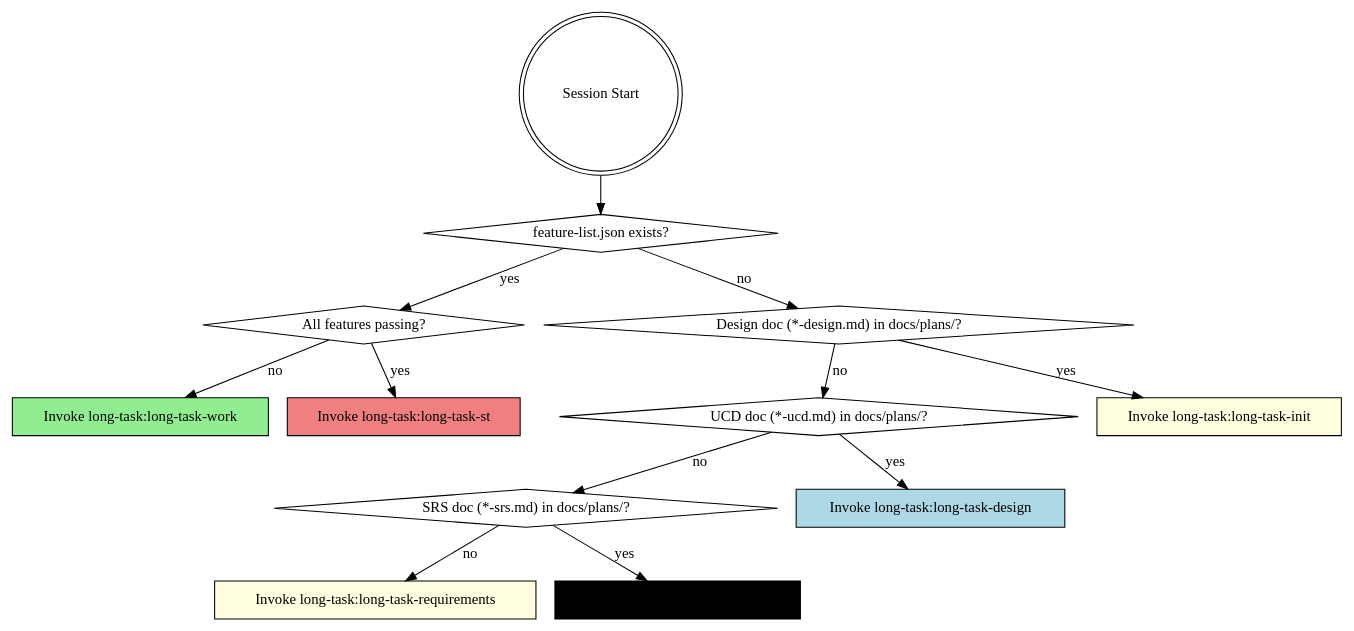
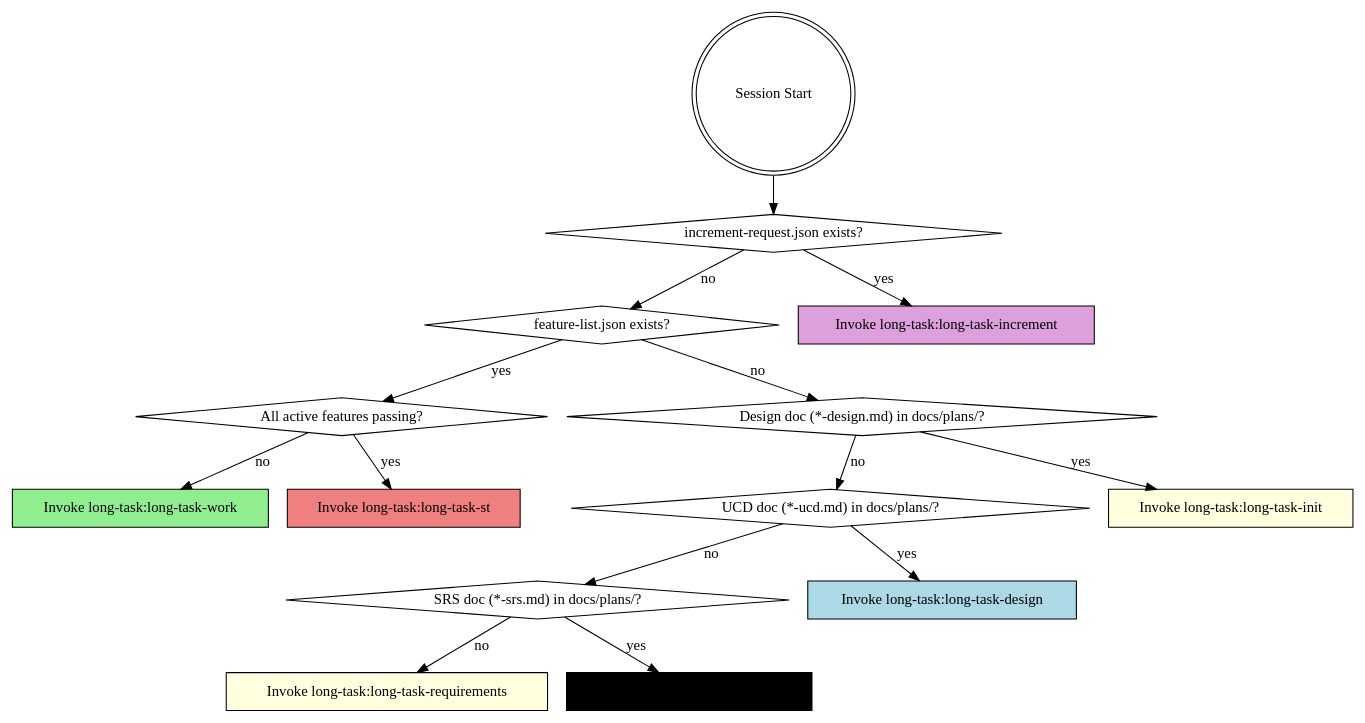
The diagram in skills/using-long-task/SKILL.md (RexHeap/longtaskforagent), drawn with Graphviz before and after one commit. The commit also changed other lines of this file and 11 other files, not shown here.

````diff
--- a/skills/using-long-task/SKILL.md
+++ b/skills/using-long-task/SKILL.md
@@ -22,28 +22,32 @@
 ```dot
 digraph phase_detection {
     "Session Start" [shape=doublecircle];
+    "increment-request.json exists?" [shape=diamond];
     "feature-list.json exists?" [shape=diamond];
-    "All features passing?" [shape=diamond];
+    "All active features passing?" [shape=diamond];
     "Design doc (*-design.md) in docs/plans/?" [shape=diamond];
     "UCD doc (*-ucd.md) in docs/plans/?" [shape=diamond];
     "SRS doc (*-srs.md) in docs/plans/?" [shape=diamond];
+    "Invoke long-task:long-task-increment" [shape=box style=filled fillcolor=plum];
     "Invoke long-task:long-task-requirements" [shape=box style=filled fillcolor=lightyellow];
     "Invoke long-task:long-task-ucd" [shape=box style=filled fillcolor=lightorange];
     "Invoke long-task:long-task-design" [shape=box style=filled fillcolor=lightblue];
     "Invoke long-task:long-task-init" [shape=box style=filled fillcolor=lightyellow];
     "Invoke long-task:long-task-work" [shape=box style=filled fillcolor=lightgreen];
     "Invoke long-task:long-task-st" [shape=box style=filled fillcolor=lightcoral];
 
-    "Session Start" -> "feature-list.json exists?";
-    "feature-list.json exists?" -> "All features passing?" [label="yes"];
-    "All features passing?" -> "Invoke long-task:long-task-st" [label="yes"];
-    "All features passing?" -> "Invoke long-task:long-task-work" [label="no"];
+    "Session Start" -> "increment-request.json exists?";
+    "increment-request.json exists?" -> "Invoke long-task:long-task-increment" [label="yes"];
+    "increment-request.json exists?" -> "feature-list.json exists?" [label="no"];
+    "feature-list.json exists?" -> "All active features passing?" [label="yes"];
+    "All active features passing?" -> "Invoke long-task:long-task-st" [label="yes"];
+    "All active features passing?" -> "Invoke long-task:long-task-work" [label="no"];
     "feature-list.json exists?" -> "Design doc (*-design.md) in docs/plans/?" [label="no"];
     "Design doc (*-design.md) in docs/plans/?" -> "Invoke long-task:long-task-init" [label="yes"];
     "Design doc (*-design.md) in docs/plans/?" -> "UCD doc (*-ucd.md) in docs/plans/?" [label="no"];
     "UCD doc (*-ucd.md) in docs/plans/?" -> "Invoke long-task:long-task-design" [label="yes"];
     "UCD doc (*-ucd.md) in docs/plans/?" -> "SRS doc (*-srs.md) in docs/plans/?" [label="no"];
     "SRS doc (*-srs.md) in docs/plans/?" -> "Invoke long-task:long-task-ucd" [label="yes"];
     "SRS doc (*-srs.md) in docs/plans/?" -> "Invoke long-task:long-task-requirements" [label="no"];
 }
 ```
````
